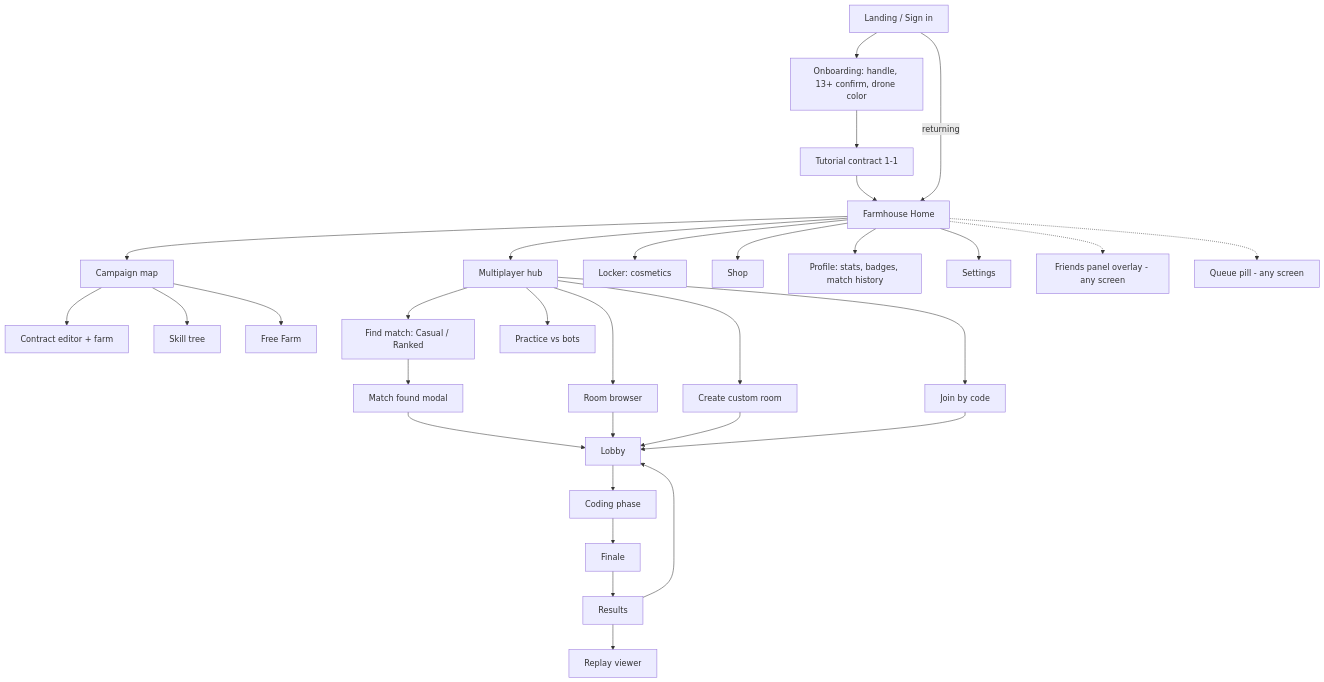
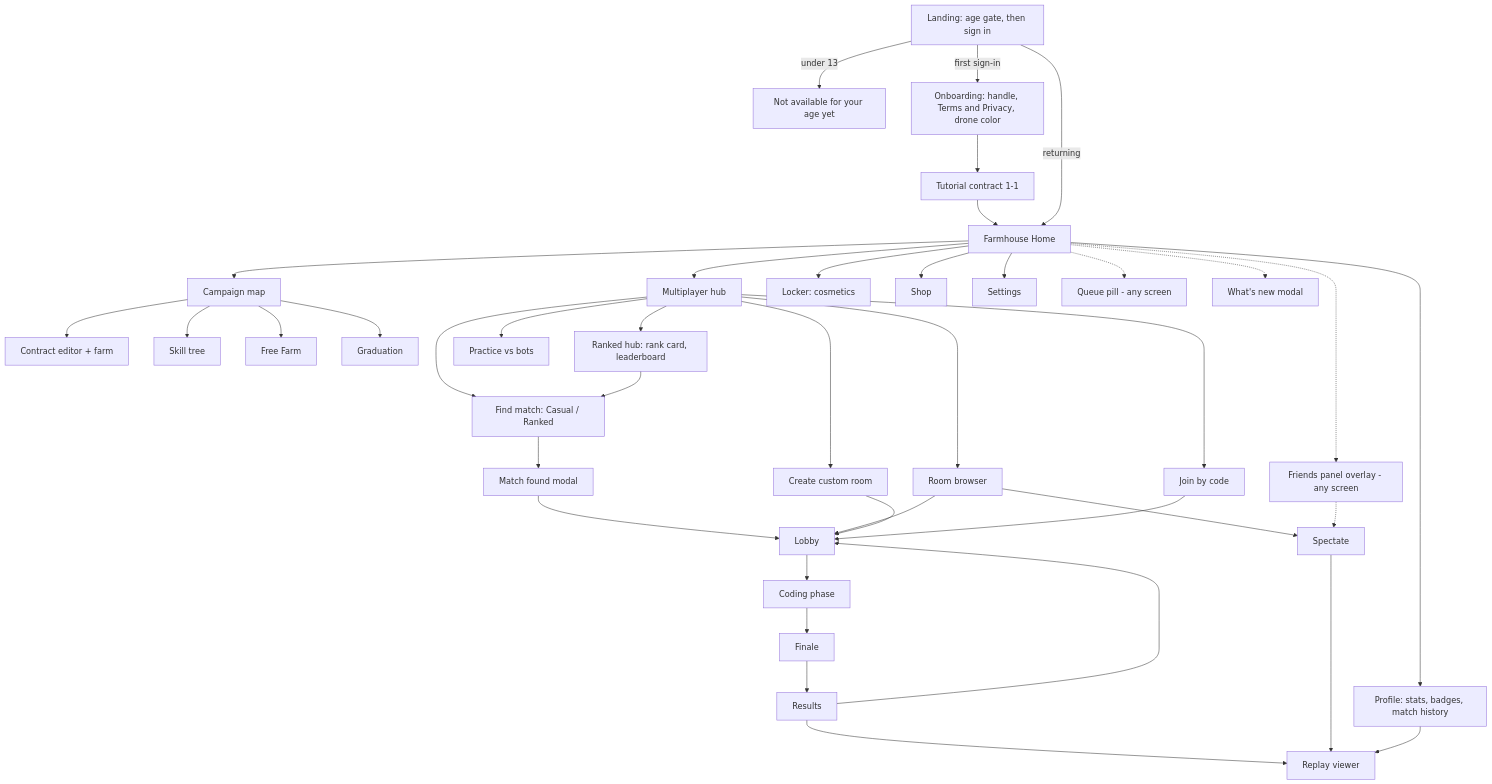
One commit to EvanGUTK/Harvest-Game changed the diagram in docs/05-ux/screen-flow.md. Above: the diagram before and after it, drawn with Mermaid. The commit also changed other lines of this file and 5 other files, not shown here.

````diff
--- a/docs/05-ux/screen-flow.md
+++ b/docs/05-ux/screen-flow.md
@@ -5,29 +5,38 @@
 ```mermaid
 flowchart TD
-  Landing[Landing / Sign in] --> Onb[Onboarding: handle, 13+ confirm, drone color]
+  Landing["Landing: age gate, then sign in"] -->|under 13| NoAge["Not available for your age yet"]
+  Landing -->|first sign-in| Onb["Onboarding: handle, Terms and Privacy, drone color"]
   Onb --> Tut[Tutorial contract 1-1]
   Tut --> Home
   Landing -->|returning| Home[Farmhouse Home]
   Home --> Camp[Campaign map]
   Camp --> Contract[Contract editor + farm]
   Camp --> Tree[Skill tree]
   Camp --> Free[Free Farm]
+  Camp --> Grad[Graduation]
   Home --> MP[Multiplayer hub]
   MP --> Find[Find match: Casual / Ranked]
+  MP --> Ranked[Ranked hub: rank card, leaderboard]
+  Ranked --> Find
   MP --> Browse[Room browser]
   MP --> Create[Create custom room]
   MP --> Code[Join by code]
   MP --> Practice[Practice vs bots]
   Find --> Found[Match found modal] --> Lobby
   Browse --> Lobby
+  Browse --> Spectate[Spectate]
   Create --> Lobby
   Code --> Lobby
   Lobby --> Coding[Coding phase] --> Finale --> Results --> Lobby
   Results --> Replay[Replay viewer]
+  Spectate --> Replay
+  Profile --> Replay
   Home --> Locker[Locker: cosmetics]
   Home --> Shop
   Home --> Profile[Profile: stats, badges, match history]
   Home --> Settings
   Home -.-> Friends[Friends panel overlay - any screen]
+  Friends -.-> Spectate
   Home -.-> QueuePill[Queue pill - any screen]
+  Home -.-> Patch["What's new modal"]
 ```
````
